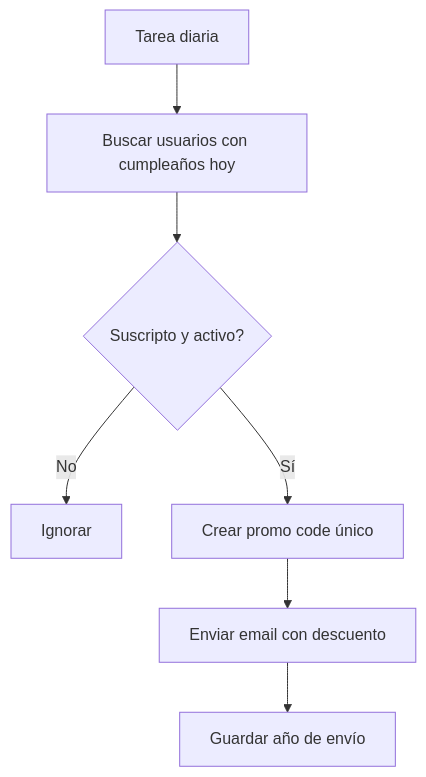
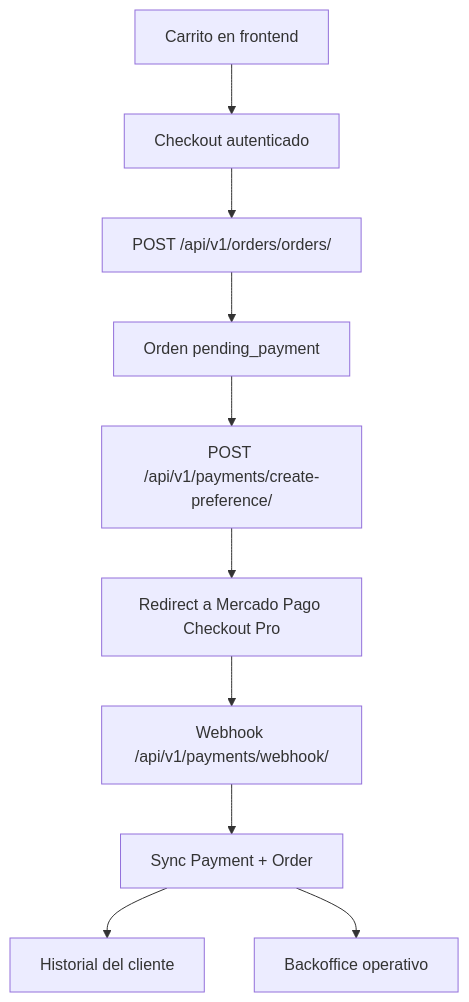
The third of 3 diagrams in README.md (villegasbraulio/La-Abeja), drawn with Mermaid before and after one commit. The commit also changed other lines of this file and 12 other files, not shown here.

````diff
--- a/README.md
+++ b/README.md
@@ -273,9 +352,12 @@
 ```mermaid
 flowchart TD
-    A["Tarea diaria"] --> B["Buscar usuarios con cumpleaños hoy"]
-    B --> C{"Suscripto y activo?"}
-    C -- "No" --> D["Ignorar"]
-    C -- "Sí" --> E["Crear promo code único"]
-    E --> F["Enviar email con descuento"]
-    F --> G["Guardar año de envío"]
+    A["Carrito en frontend"] --> B["Checkout autenticado"]
+    B --> C["POST /api/v1/orders/orders/"]
+    C --> D["Orden pending_payment"]
+    D --> E["POST /api/v1/payments/create-preference/"]
+    E --> F["Redirect a Mercado Pago Checkout Pro"]
+    F --> G["Webhook /api/v1/payments/webhook/"]
+    G --> H["Sync Payment + Order"]
+    H --> I["Historial del cliente"]
+    H --> J["Backoffice operativo"]
 ```
````
